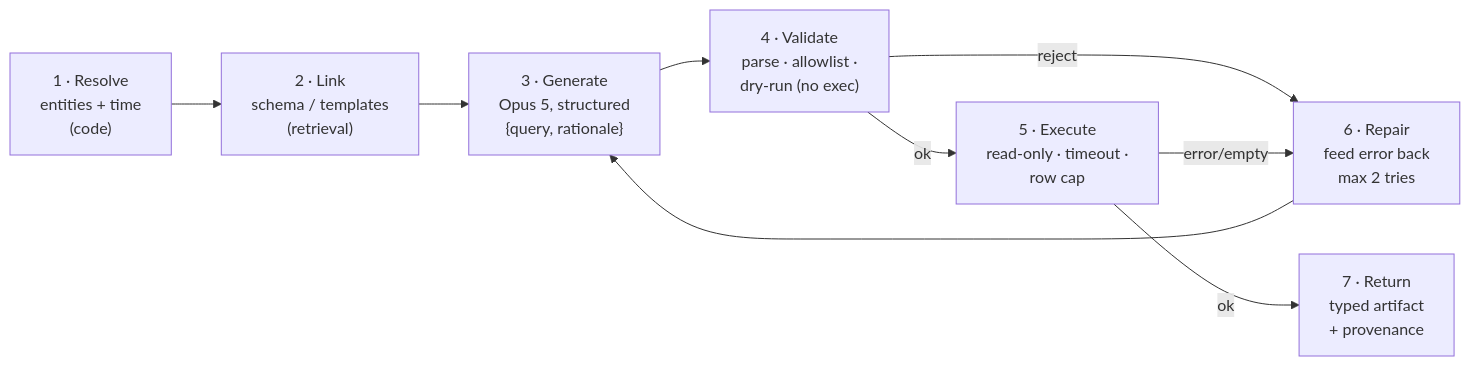
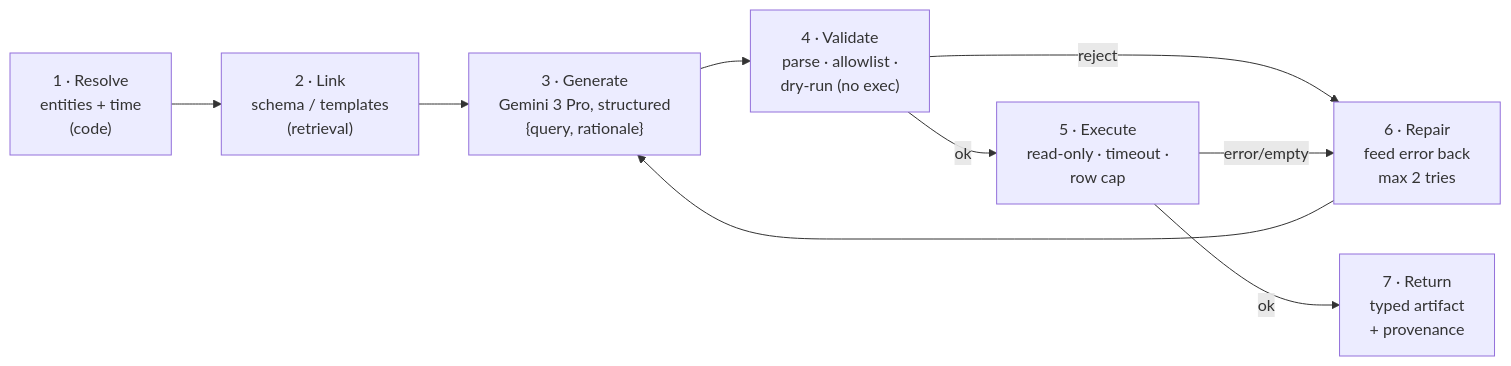
Before and after one commit to sriharsha8991/multi-agent-system: the diagram in docs/agentic_design/06-agentic-architecture.md, drawn with Mermaid. The commit also changed 3 other files, not shown here.

````diff
--- a/docs/agentic_design/06-agentic-architecture.md
+++ b/docs/agentic_design/06-agentic-architecture.md
@@ -104,12 +104,12 @@
 ```mermaid
 flowchart LR
     A["1 · Resolve<br/>entities + time<br/>(code)"] --> B["2 · Link<br/>schema / templates<br/>(retrieval)"]
-    B --> C["3 · Generate<br/>Opus 5, structured<br/>{query, rationale}"]
+    B --> C["3 · Generate<br/>Gemini 3 Pro, structured<br/>{query, rationale}"]
     C --> D["4 · Validate<br/>parse · allowlist ·<br/>dry-run (no exec)"]
     D -->|ok| E["5 · Execute<br/>read-only · timeout ·<br/>row cap"]
     D -->|reject| R
     E -->|error/empty| R["6 · Repair<br/>feed error back<br/>max 2 tries"]
     R --> C
     E -->|ok| F["7 · Return<br/>typed artifact<br/>+ provenance"]
     classDef code fill:#e8f0fe,stroke:#3b6;
 ```
````
